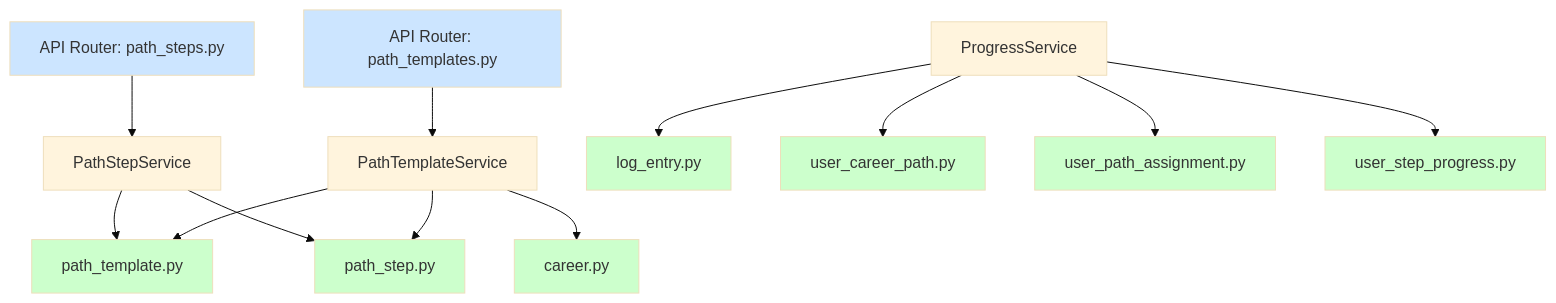
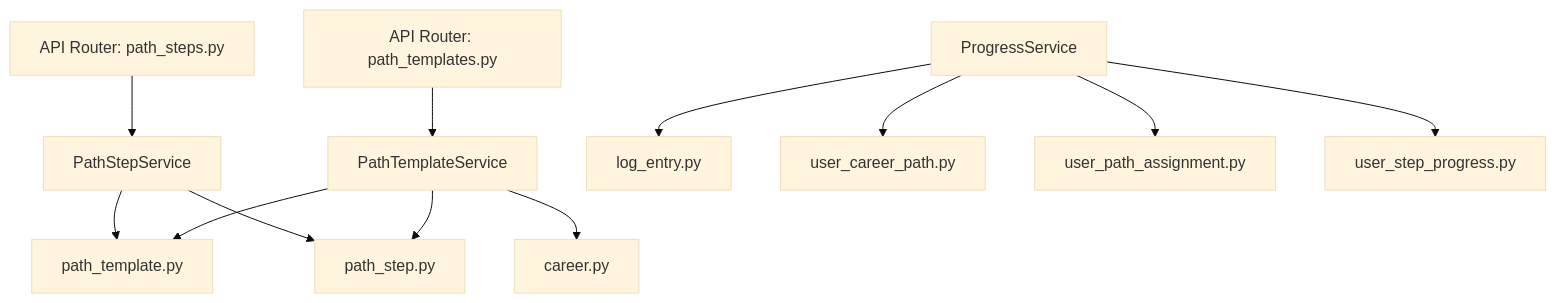
The second of 3 diagrams in docs/changes_from_improve-dependency-injection_to_subdive-services.md (ELC/upskilling), drawn with Mermaid (base theme) before and after one commit. The commit also changed other lines of this file, not shown here.

Commit message:
chore(docs): add changelog summary

````diff
--- a/docs/changes_from_improve-dependency-injection_to_subdive-services.md
+++ b/docs/changes_from_improve-dependency-injection_to_subdive-services.md
@@ -56,27 +52,17 @@
 ```mermaid
 graph TD
     A1[API Router: path_templates.py] --> B1[PathTemplateService]
     A2[API Router: path_steps.py] --> B2[PathStepService]
     
     B1 --> C1[path_template.py]
     B1 --> C2[path_step.py]
     B1 --> C3[career.py]
     
     B2 --> C2
     B2 --> C1
     
     D1[ProgressService] --> E1[log_entry.py]
     D1 --> E2[user_career_path.py]
     D1 --> E3[user_path_assignment.py]
     D1 --> E4[user_step_progress.py]
-    
-    style C1 fill:#ccffcc
-    style C2 fill:#ccffcc
-    style C3 fill:#ccffcc
-    style E1 fill:#ccffcc
-    style E2 fill:#ccffcc
-    style E3 fill:#ccffcc
-    style E4 fill:#ccffcc
-    style A1 fill:#cce5ff
-    style A2 fill:#cce5ff
 ```
````
